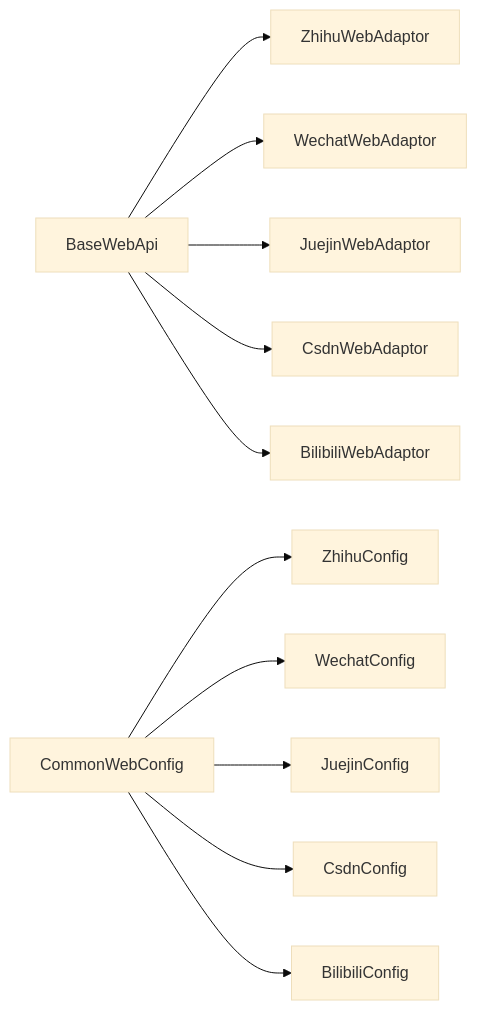
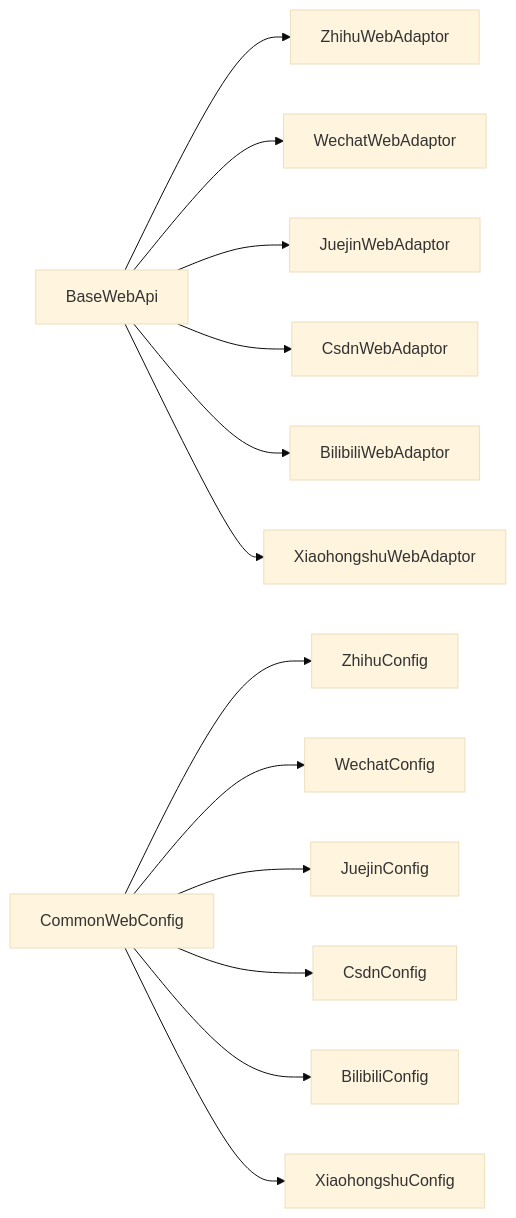
The seventh of 7 diagrams in .qoder/repowiki/zh/content/平台适配器系统/Web平台适配器/Web平台适配器.md (terwer/siyuan-plugin-publisher), drawn with Mermaid (base theme) before and after one commit. The commit also changed other lines of this file and 19 other files, not shown here.

Commit message:
docs: add Chinese docs for platform config and Xiaohongshu web adaptor

````diff
--- a/.qoder/repowiki/zh/content/平台适配器系统/Web平台适配器/Web平台适配器.md
+++ b/.qoder/repowiki/zh/content/平台适配器系统/Web平台适配器/Web平台适配器.md
@@ -270,13 +367,15 @@
 ```mermaid
 graph LR
 Base["BaseWebApi"] --> Zhihu["ZhihuWebAdaptor"]
 Base --> Wechat["WechatWebAdaptor"]
 Base --> Juejin["JuejinWebAdaptor"]
 Base --> Csdn["CsdnWebAdaptor"]
 Base --> Bilibili["BilibiliWebAdaptor"]
+Base --> Xiaohongshu["XiaohongshuWebAdaptor"]
 Common["CommonWebConfig"] --> ZhihuCfg["ZhihuConfig"]
 Common --> WechatCfg["WechatConfig"]
 Common --> JuejinCfg["JuejinConfig"]
 Common --> CsdnCfg["CsdnConfig"]
 Common --> BilibiliCfg["BilibiliConfig"]
+Common --> XiaohongshuCfg["XiaohongshuConfig"]
 ```
````
